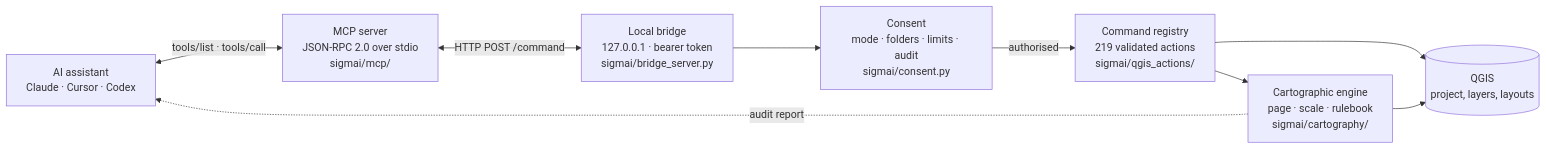
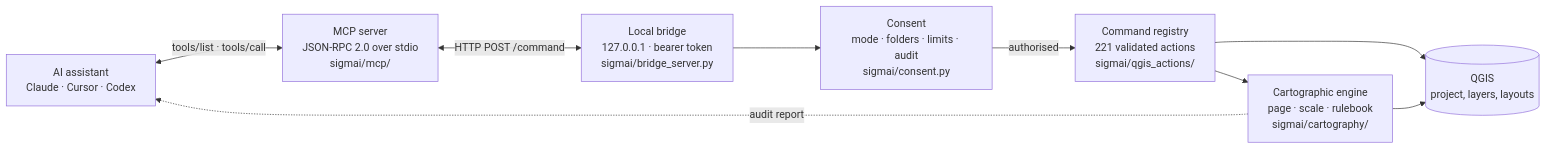
Before and after one commit to LuanCortesM/SIGMAI: the diagram in README.md, drawn with Mermaid. The commit also changed other lines of this file and 8 other files, not shown here.

````diff
--- a/README.md
+++ b/README.md
@@ -133,19 +133,19 @@
 ```mermaid
 flowchart LR
     A["AI assistant<br/>Claude · Cursor · Codex"]
     B["MCP server<br/>JSON-RPC 2.0 over stdio<br/>sigmai/mcp/"]
     C["Local bridge<br/>127.0.0.1 · bearer token<br/>sigmai/bridge_server.py"]
     D["Consent<br/>mode · folders · limits · audit<br/>sigmai/consent.py"]
-    E["Command registry<br/>219 validated actions<br/>sigmai/qgis_actions/"]
+    E["Command registry<br/>221 validated actions<br/>sigmai/qgis_actions/"]
     F["Cartographic engine<br/>page · scale · rulebook<br/>sigmai/cartography/"]
     G[("QGIS<br/>project, layers, layouts")]
 
     A <-->|"tools/list · tools/call"| B
     B <-->|"HTTP POST /command"| C
     C --> D
     D -->|"authorised"| E
     E --> F
     E --> G
     F --> G
     F -.->|"audit report"| A
 ```
````
